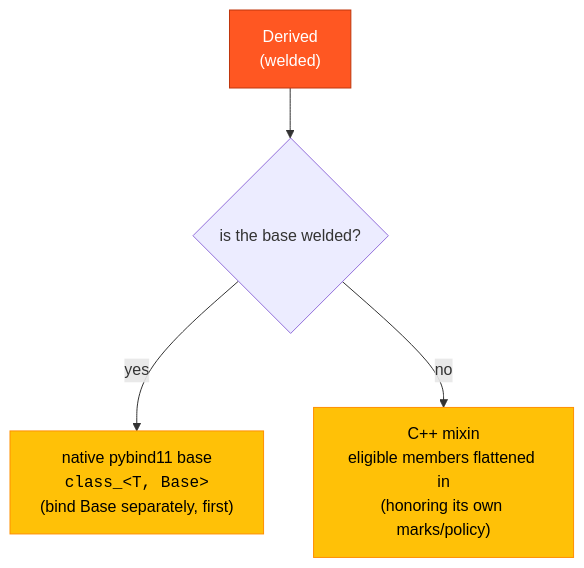
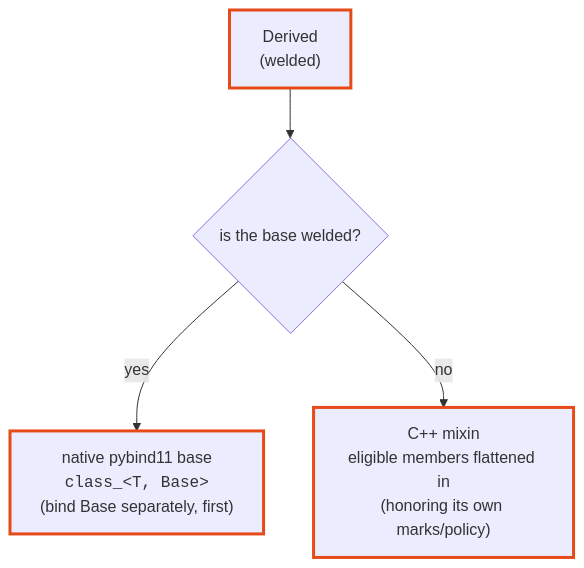
One commit to skarndev/welder changed the diagram in docs/content/guide/inheritance.md. Above: the diagram before and after it, drawn with Mermaid. The commit also changed 6 other files, not shown here.

First line of the commit message:
docs: serve the C++ reference (no 404) and fix dark-theme diagram contrast

````diff
--- a/docs/content/guide/inheritance.md
+++ b/docs/content/guide/inheritance.md
@@ -7,9 +7,9 @@
 ```mermaid
 flowchart TD
     D["Derived<br/>(welded)"] --> Q{"is the base welded?"}
     Q -- yes --> W["native pybind11 base<br/><code>class_&lt;T, Base&gt;</code><br/>(bind Base separately, first)"]
     Q -- no --> M["C++ mixin<br/>eligible members flattened in<br/>(honoring its own marks/policy)"]
-    style D fill:#ff5722,stroke:#bf360c,color:#fff
-    style W fill:#ffc107,stroke:#ff8f00,color:#000
-    style M fill:#ffc107,stroke:#ff8f00,color:#000
+    style D stroke:#e64a19,stroke-width:3px
+    style W stroke:#e64a19,stroke-width:3px
+    style M stroke:#e64a19,stroke-width:3px
 ```
````
